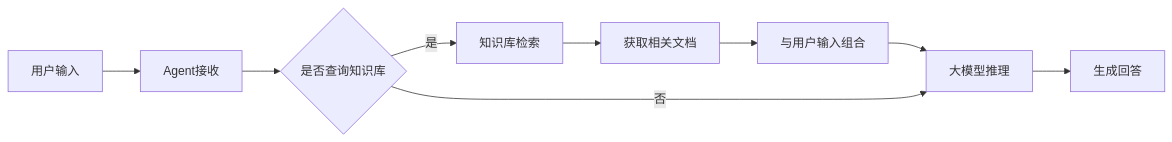
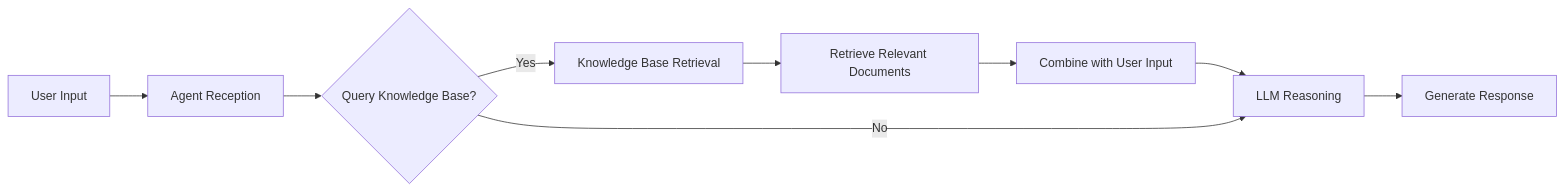
One commit to jitai-team/jitai-docs changed the diagram in docs/devguide/knowledge-base/integrate-knowledge-base-into-agent.md. Above: the diagram before and after it, drawn with Mermaid. The commit also changed other lines of this file and 92 other files, not shown here.

````diff
--- a/docs/devguide/knowledge-base/integrate-knowledge-base-into-agent.md
+++ b/docs/devguide/knowledge-base/integrate-knowledge-base-into-agent.md
@@ -20,11 +20,11 @@
 ```mermaid
 flowchart LR
-    A[用户输入] --> B[Agent接收]
-    B --> C{是否查询知识库}
-    C -->|是| D[知识库检索]
-    D --> E[获取相关文档]
-    E --> F[与用户输入组合]
-    F --> G[大模型推理]
-    C -->|否| G
-    G --> H[生成回答]
+    A[User Input] --> B[Agent Reception]
+    B --> C{Query Knowledge Base?}
+    C -->|Yes| D[Knowledge Base Retrieval]
+    D --> E[Retrieve Relevant Documents]
+    E --> F[Combine with User Input]
+    F --> G[LLM Reasoning]
+    C -->|No| G
+    G --> H[Generate Response]
 ```
````
